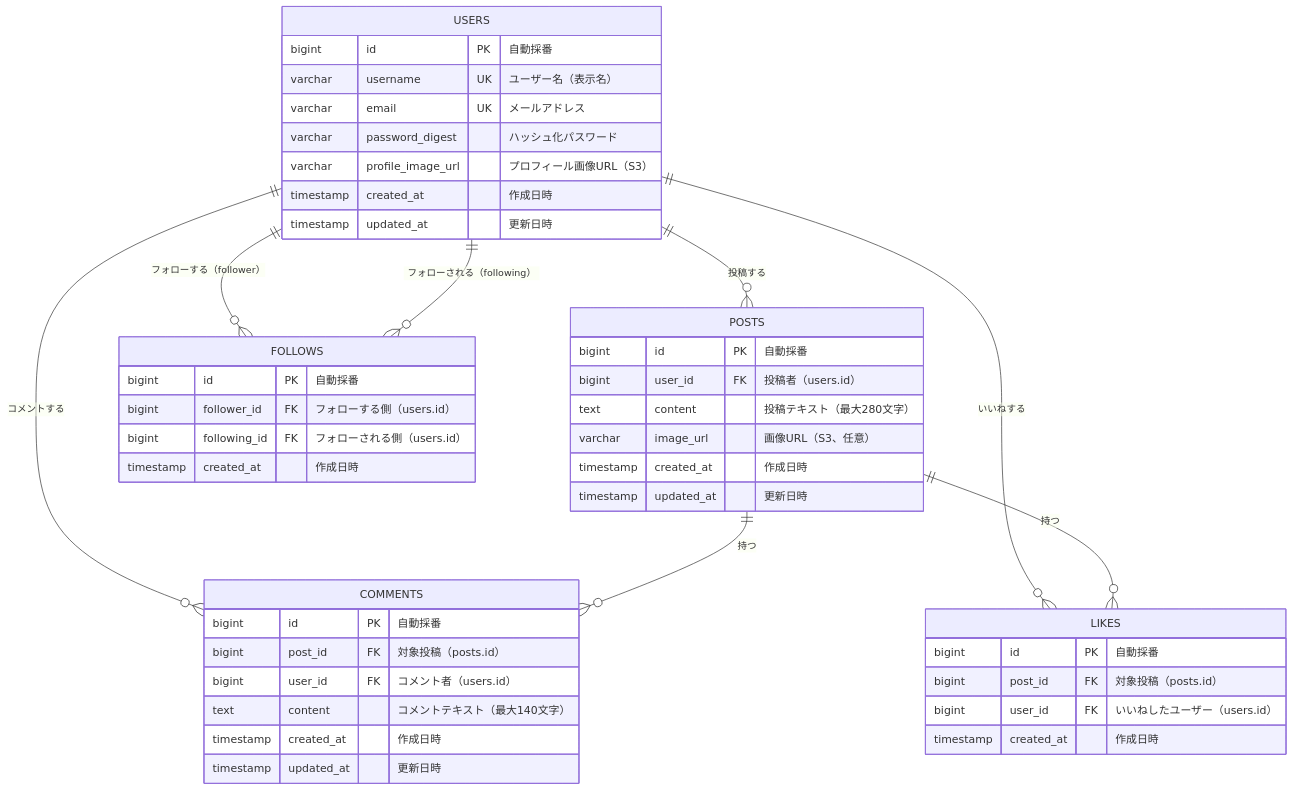
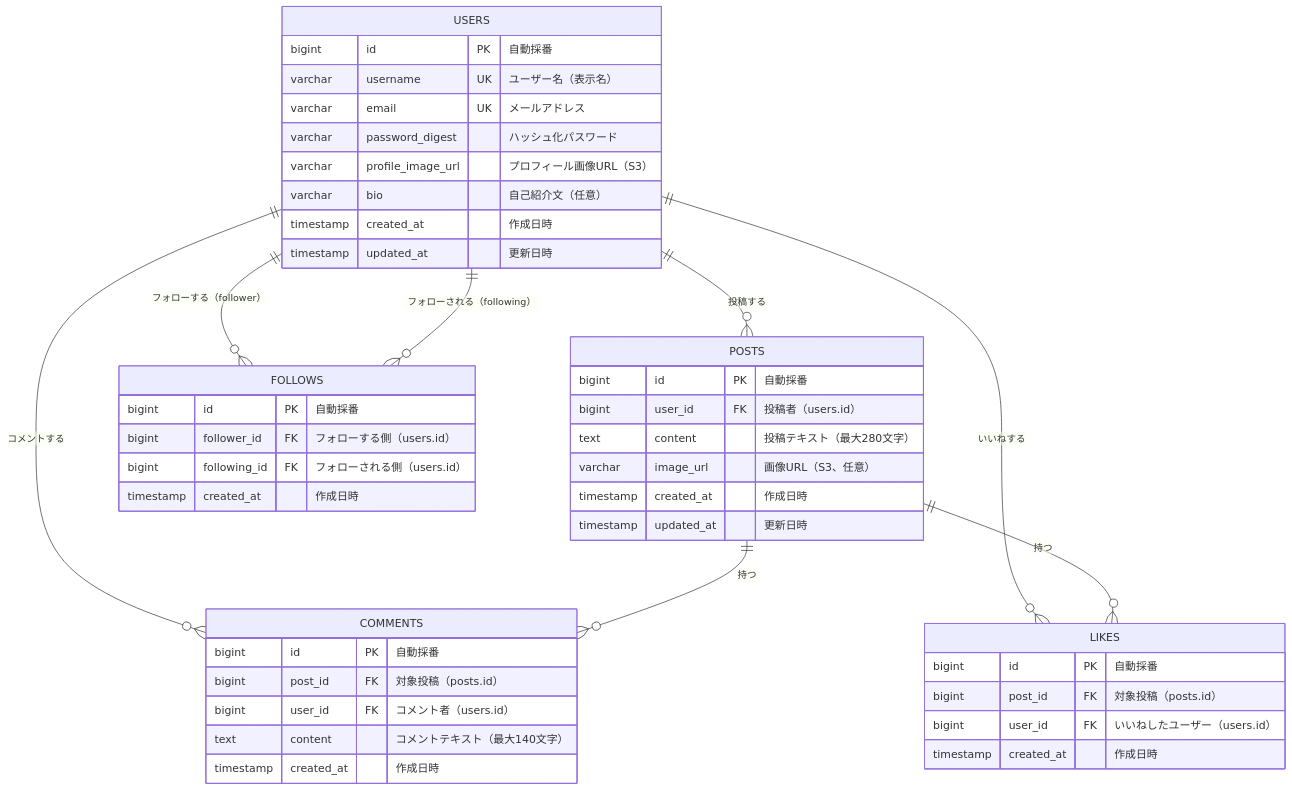
The diagram in docs/database-design.md (gitmrk2k6/RaiseTimeLine), drawn with Mermaid before and after one commit. The commit also changed other lines of this file and 2 other files, not shown here.

Commit message:
docs: ドキュメントを実装状況に合わせて最新化する

````diff
--- a/docs/database-design.md
+++ b/docs/database-design.md
@@ -32,52 +32,52 @@
 ```mermaid
 erDiagram
     USERS ||--o{ POSTS : "投稿する"
     USERS ||--o{ COMMENTS : "コメントする"
     USERS ||--o{ LIKES : "いいねする"
     USERS ||--o{ FOLLOWS : "フォローする（follower）"
     USERS ||--o{ FOLLOWS : "フォローされる（following）"
     POSTS ||--o{ COMMENTS : "持つ"
     POSTS ||--o{ LIKES : "持つ"
 
     USERS {
         bigint id PK "自動採番"
         varchar username UK "ユーザー名（表示名）"
         varchar email UK "メールアドレス"
         varchar password_digest "ハッシュ化パスワード"
         varchar profile_image_url "プロフィール画像URL（S3）"
+        varchar bio "自己紹介文（任意）"
         timestamp created_at "作成日時"
         timestamp updated_at "更新日時"
     }
 
     POSTS {
         bigint id PK "自動採番"
         bigint user_id FK "投稿者（users.id）"
         text content "投稿テキスト（最大280文字）"
         varchar image_url "画像URL（S3、任意）"
         timestamp created_at "作成日時"
         timestamp updated_at "更新日時"
     }
 
     COMMENTS {
         bigint id PK "自動採番"
         bigint post_id FK "対象投稿（posts.id）"
         bigint user_id FK "コメント者（users.id）"
         text content "コメントテキスト（最大140文字）"
         timestamp created_at "作成日時"
-        timestamp updated_at "更新日時"
     }
 
     LIKES {
         bigint id PK "自動採番"
         bigint post_id FK "対象投稿（posts.id）"
         bigint user_id FK "いいねしたユーザー（users.id）"
         timestamp created_at "作成日時"
     }
 
     FOLLOWS {
         bigint id PK "自動採番"
         bigint follower_id FK "フォローする側（users.id）"
         bigint following_id FK "フォローされる側（users.id）"
         timestamp created_at "作成日時"
     }
 ```
````
